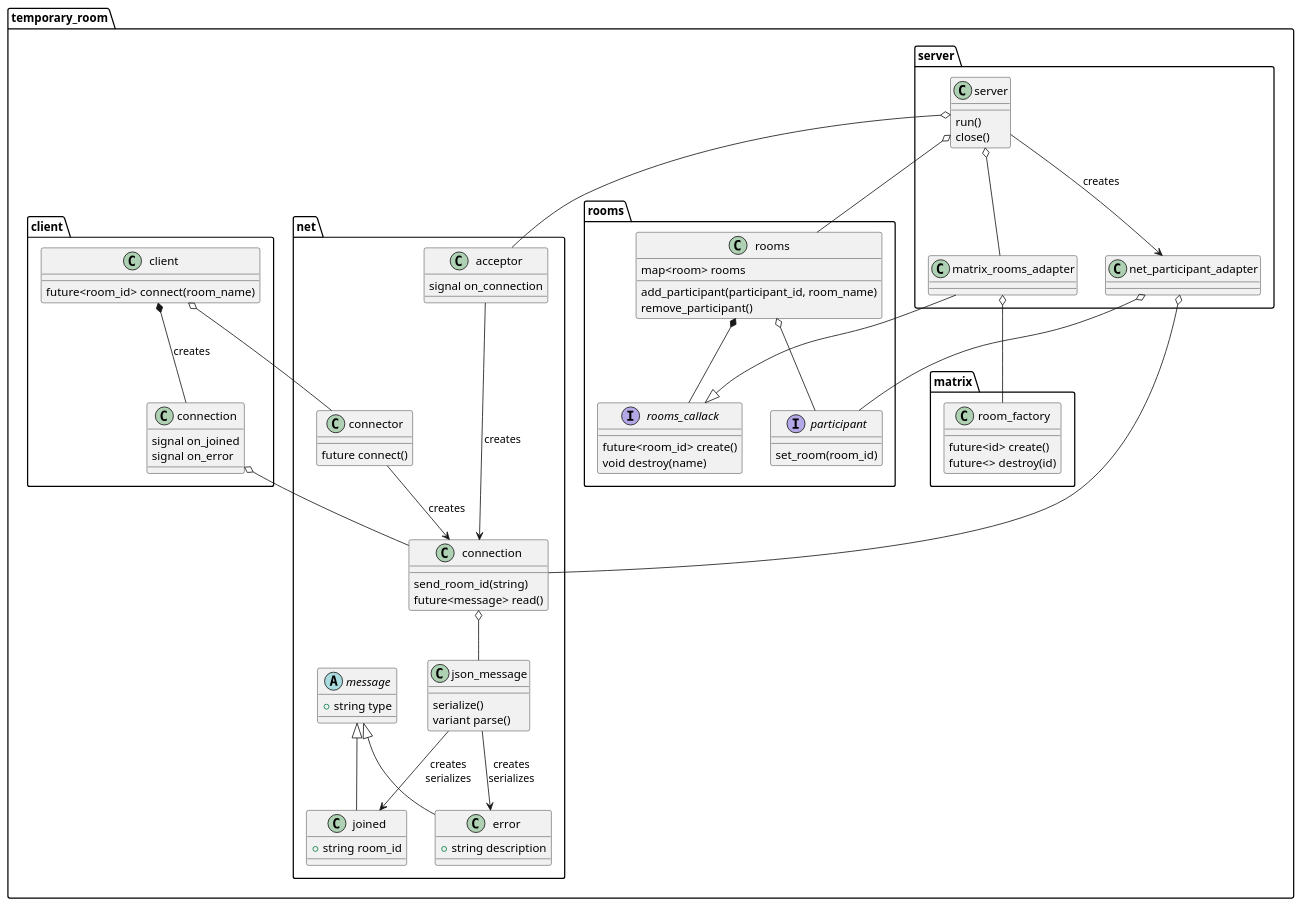
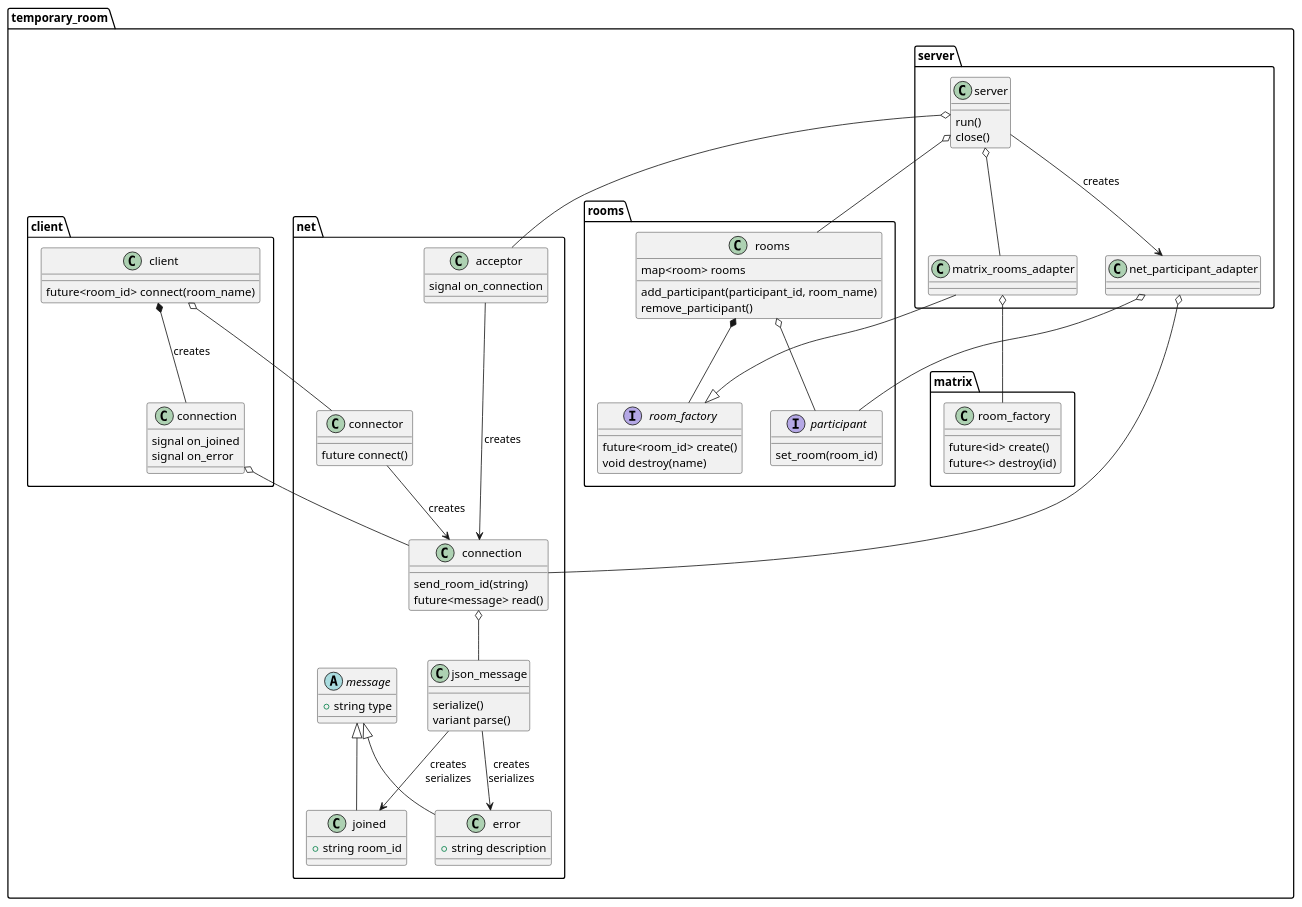
One commit to freckled-dev/fubble changed the diagram in doc/temporary_room.puml. Above: the diagram before and after it, drawn with PlantUML. The commit also changed 8 other files, not shown here.

Commit message:
temporary rooms started implementing

```diff
--- a/doc/temporary_room.puml
+++ b/doc/temporary_room.puml
@@ -1,104 +1,104 @@
 @startuml
   
 namespace temporary_room {
 
 namespace net {
 
     class connection {
         send_room_id(string)
         future<message> read()
     }
     connection o-- json_message
     class connector {
         future connect()
     }
     connector --> connection : creates
     class acceptor {
         signal on_connection
     }
     acceptor ---> connection : creates
 
     abstract class message {
         + string type
     }
     message <|-- joined
     message <|-- error
     class joined {
         + string room_id
     }
     class error {
         + string description
     }
 
     class json_message {
         serialize()
         variant parse()
     }
     json_message --> joined: creates\nserializes
     json_message --> error: creates\nserializes
 }
 
 namespace rooms {
     class rooms {
         map<room> rooms
 
         add_participant(participant_id, room_name)
         remove_participant()
     }
-    rooms *-- rooms_callack
+    rooms *-- room_factory
     rooms o-- participant
 
-    interface rooms_callack {
+    interface room_factory {
         future<room_id> create()
         void destroy(name)
     }
 
     interface participant {
         set_room(room_id)
     }
 }
 
 namespace matrix {
     class room_factory {
         future<id> create()
         future<> destroy(id)
     }
 }
 
 namespace server {
     class server {
         run()
         close()
     }
     server o-- temporary_room.net.acceptor
     server o-- temporary_room.rooms.rooms
     server o-- matrix_rooms_adapter
     server --> net_participant_adapter : creates
 
     class net_participant_adapter {
     }
     net_participant_adapter o-- temporary_room.net.connection
     net_participant_adapter o-- temporary_room.rooms.participant
 
     class matrix_rooms_adapter {
     }
-    matrix_rooms_adapter --|> temporary_room.rooms.rooms_callack
+    matrix_rooms_adapter --|> temporary_room.rooms.room_factory
     matrix_rooms_adapter o-- temporary_room.matrix.room_factory
 }
 
 namespace client {
 class client {
     future<room_id> connect(room_name)
 }
 class connection {
     signal on_joined
     signal on_error
 }
 client o-- temporary_room.net.connector
 client *-- connection: creates
 connection o-- temporary_room.net.connection
 }
 
 }
 
 @enduml
```
